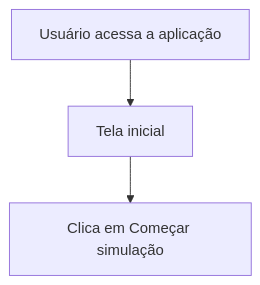
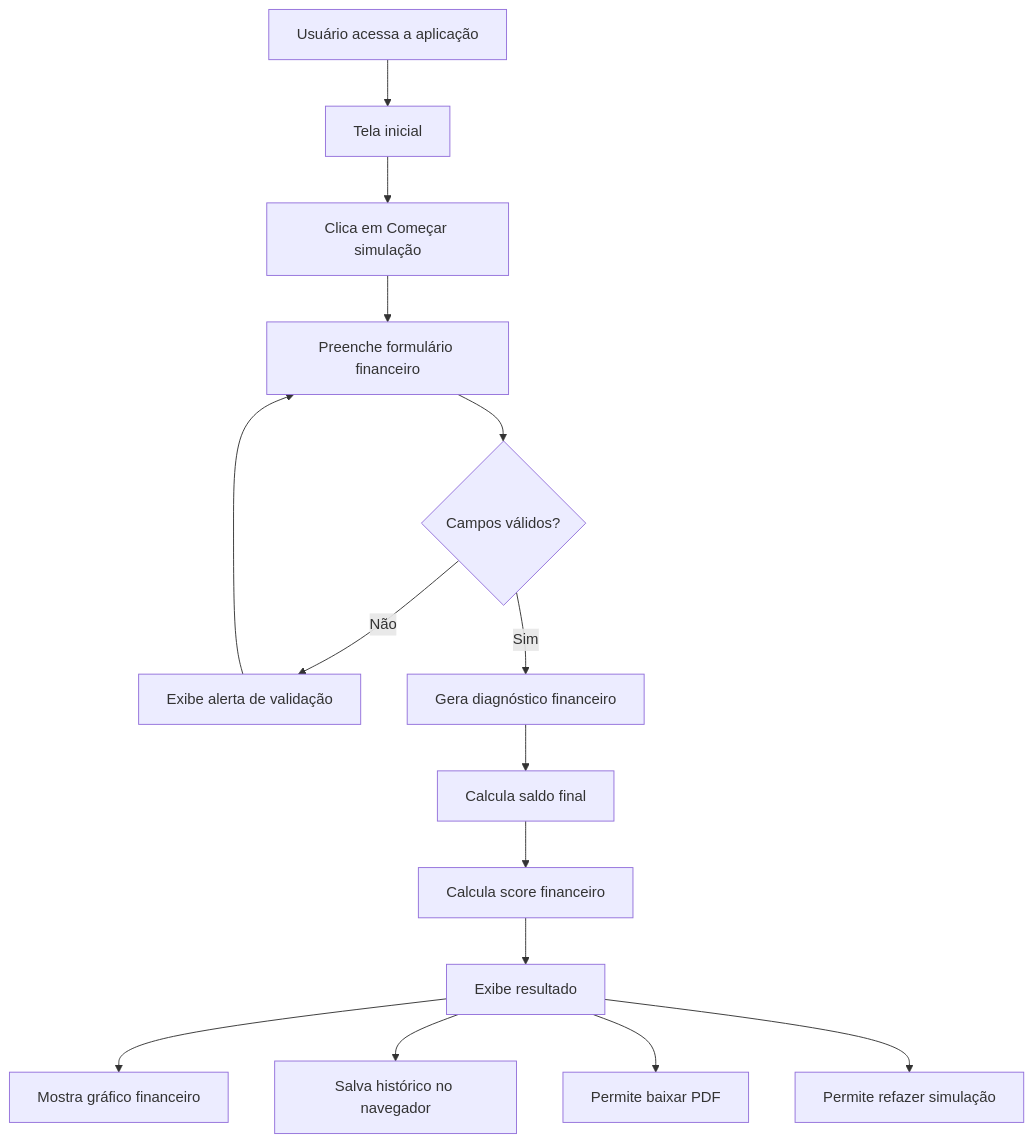
The diagram in README.md (Ronaldo94-GITHUB/educador_-financeiro_ia-), drawn with Mermaid before and after one commit.

Commit message:
Update README with financial simulation flowchart
Added flowchart for financial simulation process.

````diff
--- a/README.md
+++ b/README.md
@@ -190,5 +190,17 @@
 ```mermaid
 flowchart TD
     A[Usuário acessa a aplicação] --> B[Tela inicial]
     B --> C[Clica em Começar simulação]
+    C --> D[Preenche formulário financeiro]
+    D --> E{Campos válidos?}
+    E -->|Não| F[Exibe alerta de validação]
+    F --> D
+    E -->|Sim| G[Gera diagnóstico financeiro]
+    G --> H[Calcula saldo final]
+    H --> I[Calcula score financeiro]
+    I --> J[Exibe resultado]
+    J --> K[Mostra gráfico financeiro]
+    J --> L[Salva histórico no navegador]
+    J --> M[Permite baixar PDF]
+    J --> N[Permite refazer simulação]
 ```
````
